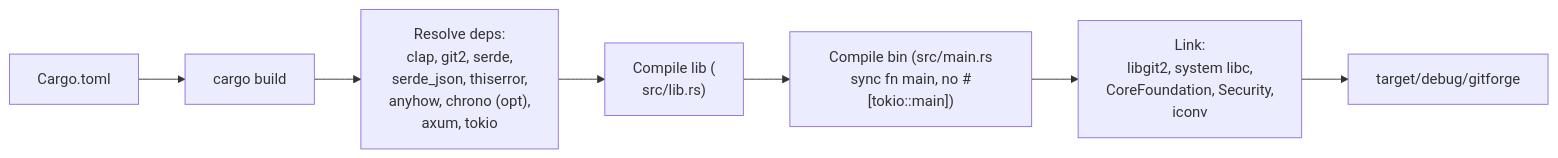
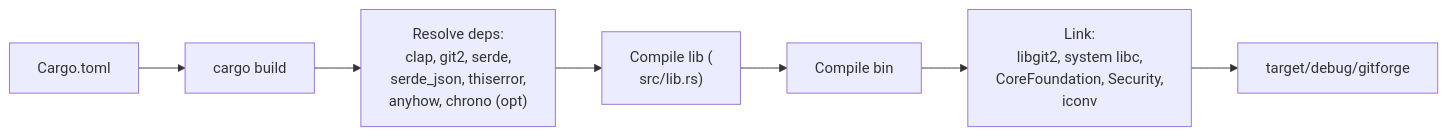
The fifth of 7 diagrams in DEV_IN_DEPTH.md (pritam12426/gitforge), drawn with Mermaid before and after one commit. The commit also changed other lines of this file and 14 other files, not shown here.

````diff
--- a/DEV_IN_DEPTH.md
+++ b/DEV_IN_DEPTH.md
@@ -847,9 +720,9 @@
 ```mermaid
 flowchart LR
     A["Cargo.toml"] --> B["cargo build"]
-    B --> C["Resolve deps:<br/>clap, git2, serde,<br/>serde_json, thiserror,<br/>anyhow, chrono (opt),<br/>axum, tokio"]
+    B --> C["Resolve deps:<br/>clap, git2, serde,<br/>serde_json, thiserror,<br/>anyhow, chrono (opt)"]
     C --> D["Compile lib (<br/>src/lib.rs)"]
-    D --> E["Compile bin (src/main.rs<br/>sync fn main, no #[tokio::main])"]
+    D --> E["Compile bin"]
     E --> F["Link:<br/>libgit2, system libc,<br/>CoreFoundation, Security,<br/>iconv"]
     F --> G["target/debug/gitforge"]
 ```
````
